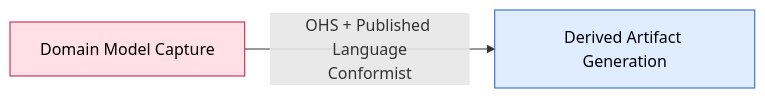
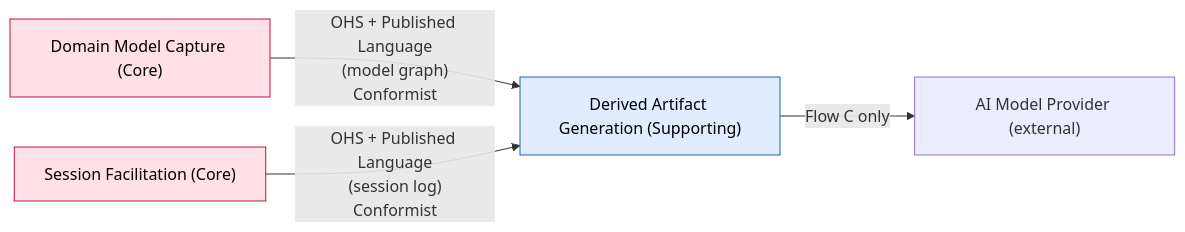
One commit to vinialbano/eventstormer changed the diagram in docs/domain/bounded-contexts/derived-artifact-generation/canvas.md. Above: the diagram before and after it, drawn with Mermaid. The commit also changed other lines of this file and 6 other files, not shown here.

First line of the commit message:
docs: design-level EventStorming on Derived Artifact Generation

````diff
--- a/docs/domain/bounded-contexts/derived-artifact-generation/canvas.md
+++ b/docs/domain/bounded-contexts/derived-artifact-generation/canvas.md
@@ -82,9 +155,12 @@
 ```mermaid
 flowchart LR
-  Capture["Domain Model Capture"] -->|"OHS + Published Language\nConformist"| This["Derived Artifact Generation"]
+  Capture["Domain Model Capture (Core)"] -->|"OHS + Published Language\n(model graph)\nConformist"| This["Derived Artifact Generation (Supporting)"]
+  Facil["Session Facilitation (Core)"] -->|"OHS + Published Language\n(session log)\nConformist"| This
+  This -->|"Flow C only"| AI["AI Model Provider (external)"]
 
   classDef core fill:#ffe0e6,stroke:#c1123e,color:#000
   classDef sup fill:#e0ecff,stroke:#1f5fbf,color:#000
+  class Capture core
+  class Facil core
   class This sup
-  class Capture core
 ```
````
